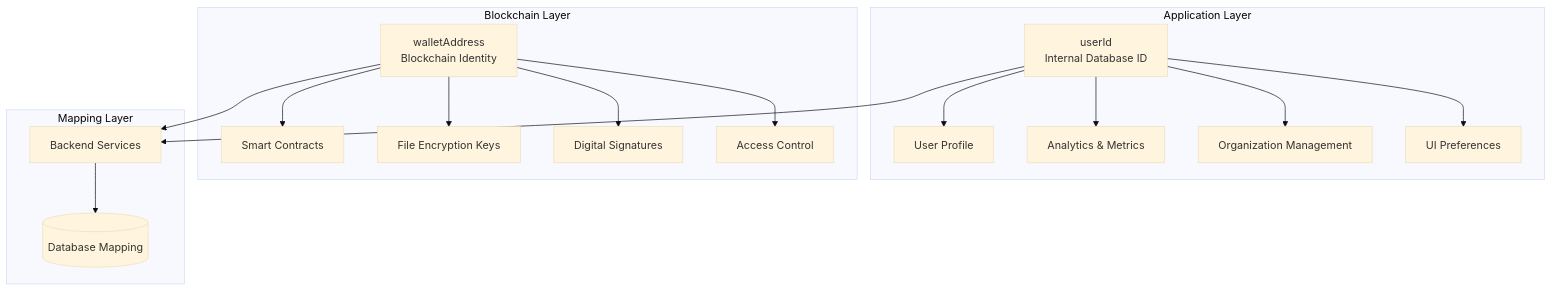
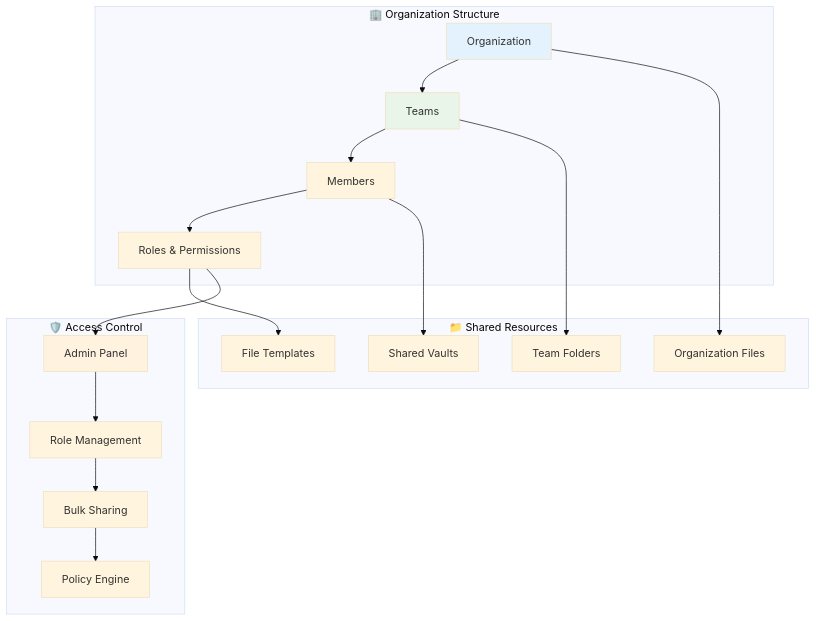
Before and after one commit to MossabMilha/OM-VaultChain: diagram 12 of 12 in README.md, drawn with Mermaid (base theme). The commit also changed other lines of this file, not shown here.

````diff
--- a/README.md
+++ b/README.md
@@ -633,37 +703,41 @@
 ```mermaid
-graph TB
-    subgraph "Application Layer"
-        USER_ID[userId<br/>Internal Database ID]
-        PROFILE[User Profile]
-        ANALYTICS[Analytics & Metrics]
-        ORG[Organization Management]
-        UI[UI Preferences]
+flowchart TB
+    subgraph "🏢 Organization Structure"
+        ORG[Organization]
+        TEAMS[Teams]
+        MEMBERS[Members]
+        ROLES[Roles & Permissions]
     end
 
-    subgraph "Blockchain Layer"
-        WALLET[walletAddress<br/>Blockchain Identity]
-        SMART_CONTRACT[Smart Contracts]
-        ENCRYPTION[File Encryption Keys]
-        SIGNATURES[Digital Signatures]
-        ACCESS_CONTROL[Access Control]
+    subgraph "📁 Shared Resources"
+        ORG_FILES[Organization Files]
+        TEAM_FOLDERS[Team Folders]
+        SHARED_VAULTS[Shared Vaults]
+        TEMPLATES[File Templates]
     end
 
-    subgraph "Mapping Layer"
-        BACKEND[Backend Services]
-        DATABASE[(Database Mapping)]
+    subgraph "🛡️ Access Control"
+        ADMIN_PANEL[Admin Panel]
+        ROLE_MGMT[Role Management]
+        BULK_SHARING[Bulk Sharing]
+        POLICY_ENGINE[Policy Engine]
     end
 
-    USER_ID --> BACKEND
-    WALLET --> BACKEND
-    BACKEND --> DATABASE
+    ORG --> TEAMS
+    TEAMS --> MEMBERS
+    MEMBERS --> ROLES
 
-    USER_ID --> PROFILE
-    USER_ID --> ANALYTICS
-    USER_ID --> ORG
-    USER_ID --> UI
+    ORG --> ORG_FILES
+    TEAMS --> TEAM_FOLDERS
+    MEMBERS --> SHARED_VAULTS
+    ROLES --> TEMPLATES
 
-    WALLET --> SMART_CONTRACT
-    WALLET --> ENCRYPTION
-    WALLET --> SIGNATURES
-    WALLET --> ACCESS_CONTROL
+    ROLES --> ADMIN_PANEL
+    ADMIN_PANEL --> ROLE_MGMT
+    ROLE_MGMT --> BULK_SHARING
+    BULK_SHARING --> POLICY_ENGINE
+
+    style ORG fill:#e3f2fd
+    style TEAMS fill:#e8f5e8
+    style ADMIN_PANEL fill:#fff3e0
 ```
````
